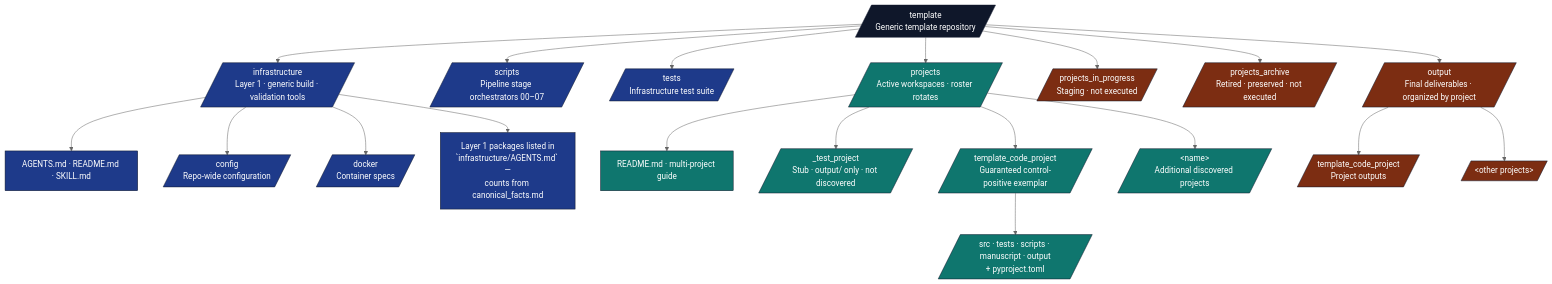
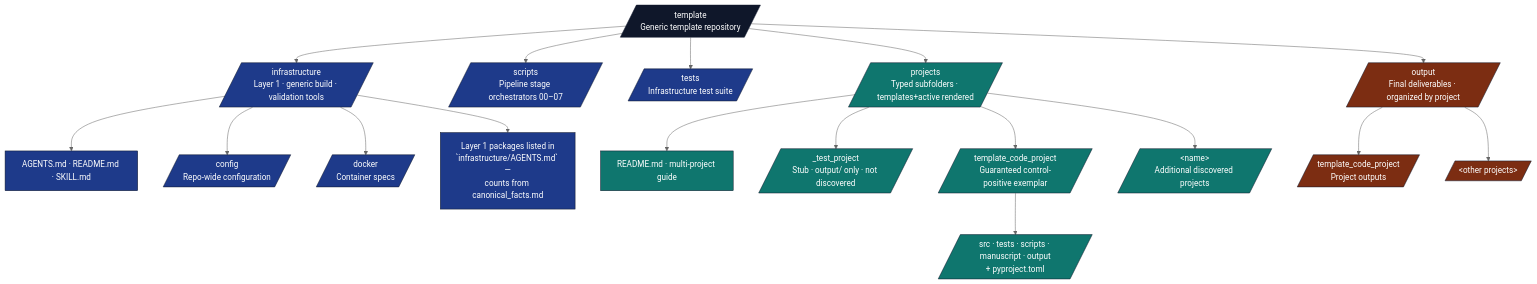
Before and after one commit to docxology/template: the first of 4 diagrams in AGENTS.md, drawn with Mermaid (neutral theme). The commit also changed other lines of this file and 1821 other files, not shown here.

First line of the commit message:
refactor(projects): adopt 5-folder lifecycle + move exemplars under projects/templates/

````diff
--- a/AGENTS.md
+++ b/AGENTS.md
@@ -202,36 +202,34 @@
 ```mermaid
 flowchart TB
     ROOT[/template<br/>Generic template repository/]
 
     ROOT --> INFRA[/infrastructure<br/>Layer 1 · generic build · validation tools/]
     ROOT --> SCRIPTS[/scripts<br/>Pipeline stage orchestrators 00–07/]
     ROOT --> TESTS[/tests<br/>Infrastructure test suite/]
-    ROOT --> PROJECTS[/projects<br/>Active workspaces · roster rotates/]
-    ROOT --> WIP[/projects_in_progress<br/>Staging · not executed/]
-    ROOT --> ARCH[/projects_archive<br/>Retired · preserved · not executed/]
+    ROOT --> PROJECTS[/projects<br/>Typed subfolders · templates+active rendered/]
     ROOT --> OUT[/output<br/>Final deliverables · organized by project/]
 
     INFRA --> I_DOCS[AGENTS.md · README.md · SKILL.md]
     INFRA --> I_CONFIG[/config<br/>Repo-wide configuration/]
     INFRA --> I_DOCKER[/docker<br/>Container specs/]
     INFRA --> I_SUB[Layer 1 packages listed in<br/>`infrastructure/AGENTS.md` —<br/>counts from canonical_facts.md]
 
     PROJECTS --> P_README[README.md · multi-project guide]
     PROJECTS --> P_STUB[/_test_project<br/>Stub · output/ only · not discovered/]
     PROJECTS --> P_CODE[/template_code_project<br/>Guaranteed control-positive exemplar/]
     PROJECTS --> P_OTHER[/&lt;name&gt;<br/>Additional discovered projects/]
 
     P_CODE --> P_C_SRC[/src · tests · scripts · manuscript · output<br/>+ pyproject.toml/]
 
     OUT --> O_CODE[/template_code_project<br/>Project outputs/]
     OUT --> O_DOTS[/&lt;other projects&gt;/]
 
     classDef root fill:#0f172a,stroke:#0f172a,color:#fff
     classDef l1 fill:#1e3a8a,stroke:#0f172a,color:#fff
     classDef l2 fill:#0f766e,stroke:#0f172a,color:#fff
     classDef gen fill:#7c2d12,stroke:#0f172a,color:#fff
     class ROOT root
     class INFRA,SCRIPTS,TESTS,I_CONFIG,I_DOCKER,I_SUB,I_DOCS l1
     class PROJECTS,P_CODE,P_OTHER,P_STUB,P_README,P_C_SRC l2
     class WIP,ARCH,OUT,O_CODE,O_DOTS gen
 ```
````
